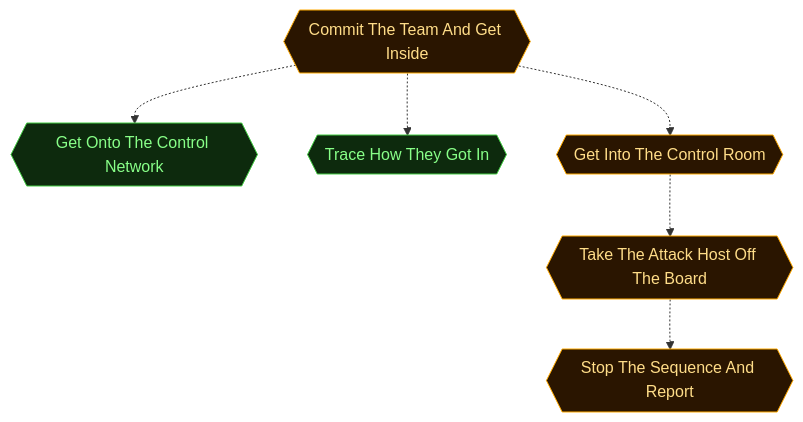
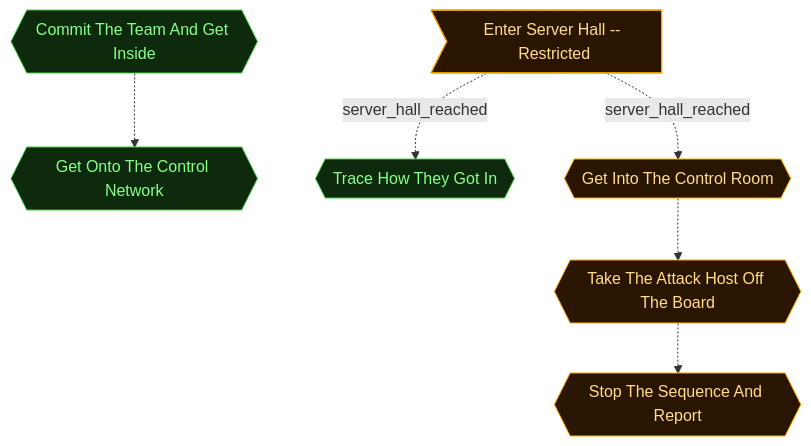
One commit to cliffe/BreakEscape changed the second of 5 diagrams in scenarios/m07_architects_gambit/dungeon_graph.md. Above: the diagram before and after it, drawn with Mermaid. The commit also changed other lines of this file and 18 other files, not shown here.

Commit message:
m07 pass 5, scenario design round 1 fixes: HaX 'Where do I stand?' progress ladder, clock-expiry texts and display, console click before flag 4, aims staggered to the server hall, drive before the commit, T-20/T-30 order, end track on reload, field-guide sub-menu, ungendered credit; routes r21-r23

````diff
--- a/scenarios/m07_architects_gambit/dungeon_graph.md
+++ b/scenarios/m07_architects_gambit/dungeon_graph.md
@@ -182,34 +183,35 @@
 ```mermaid
 flowchart TD
 
   classDef room      fill:#0f2d2d,stroke:#22ddcc,color:#a0ffee
   classDef lock      fill:#2d0f0f,stroke:#e66060,color:#ffa0a0
   classDef key       fill:#2d0812,stroke:#e66060,color:#ffa0a0
   classDef item      fill:#2d1200,stroke:#e89030,color:#ffcc80
   classDef gate      fill:#111,stroke:#666,color:#eee
   classDef vm        fill:#0c1f40,stroke:#4a90d9,color:#a0c8ff
   classDef flag      fill:#1a0c2d,stroke:#9060d0,color:#cc99ff
   classDef action    fill:#1a1200,stroke:#cc9922,color:#ffee88
   classDef aim       fill:#0d2a0d,stroke:#44cc44,color:#88ff88
   classDef aim_gate  fill:#111111,stroke:#44cc44,color:#44cc44
   classDef container fill:#1a2d1a,stroke:#60b060,color:#a0e0a0
   classDef npc       fill:#2d1f0d,stroke:#d0a050,color:#ffe0a0
   classDef critical  fill:#2a1500,stroke:#ffaa00,color:#ffdd88
   classDef start     fill:#003322,stroke:#00ffaa,color:#00ffaa
 
   aim_commit_the_team{{"Commit The Team And Get Inside"}}
   aim_reach_the_control_network{{"Get Onto The Control Network"}}
   aim_trace_the_intrusion{{"Trace How They Got In"}}
   aim_reach_the_control_room{{"Get Into The Control Room"}}
   aim_take_the_attack_host{{"Take The Attack Host Off The Board"}}
   aim_end_the_sequence{{"Stop The Sequence And Report"}}
+  story_enter_server_hall_restricted>"Enter Server Hall -- Restricted"]
 
   aim_commit_the_team -.-> aim_reach_the_control_network
-  aim_commit_the_team -.-> aim_trace_the_intrusion
-  aim_commit_the_team -.-> aim_reach_the_control_room
   aim_reach_the_control_room -.-> aim_take_the_attack_host
   aim_take_the_attack_host -.-> aim_end_the_sequence
+  story_enter_server_hall_restricted -.->|server_hall_reached| aim_trace_the_intrusion
+  story_enter_server_hall_restricted -.->|server_hall_reached| aim_reach_the_control_room
 
-  class aim_commit_the_team,aim_reach_the_control_room,aim_take_the_attack_host,aim_end_the_sequence critical
-  class aim_reach_the_control_network,aim_trace_the_intrusion aim
+  class aim_commit_the_team,aim_reach_the_control_network,aim_trace_the_intrusion aim
+  class aim_reach_the_control_room,aim_take_the_attack_host,aim_end_the_sequence,story_enter_server_hall_restricted critical
 ```
````
